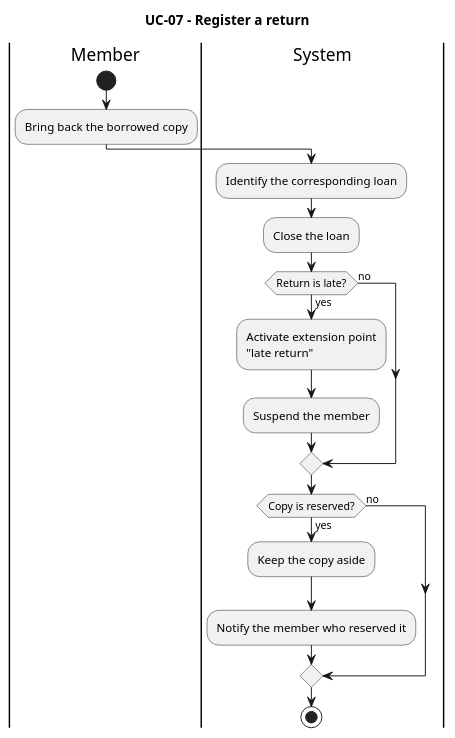
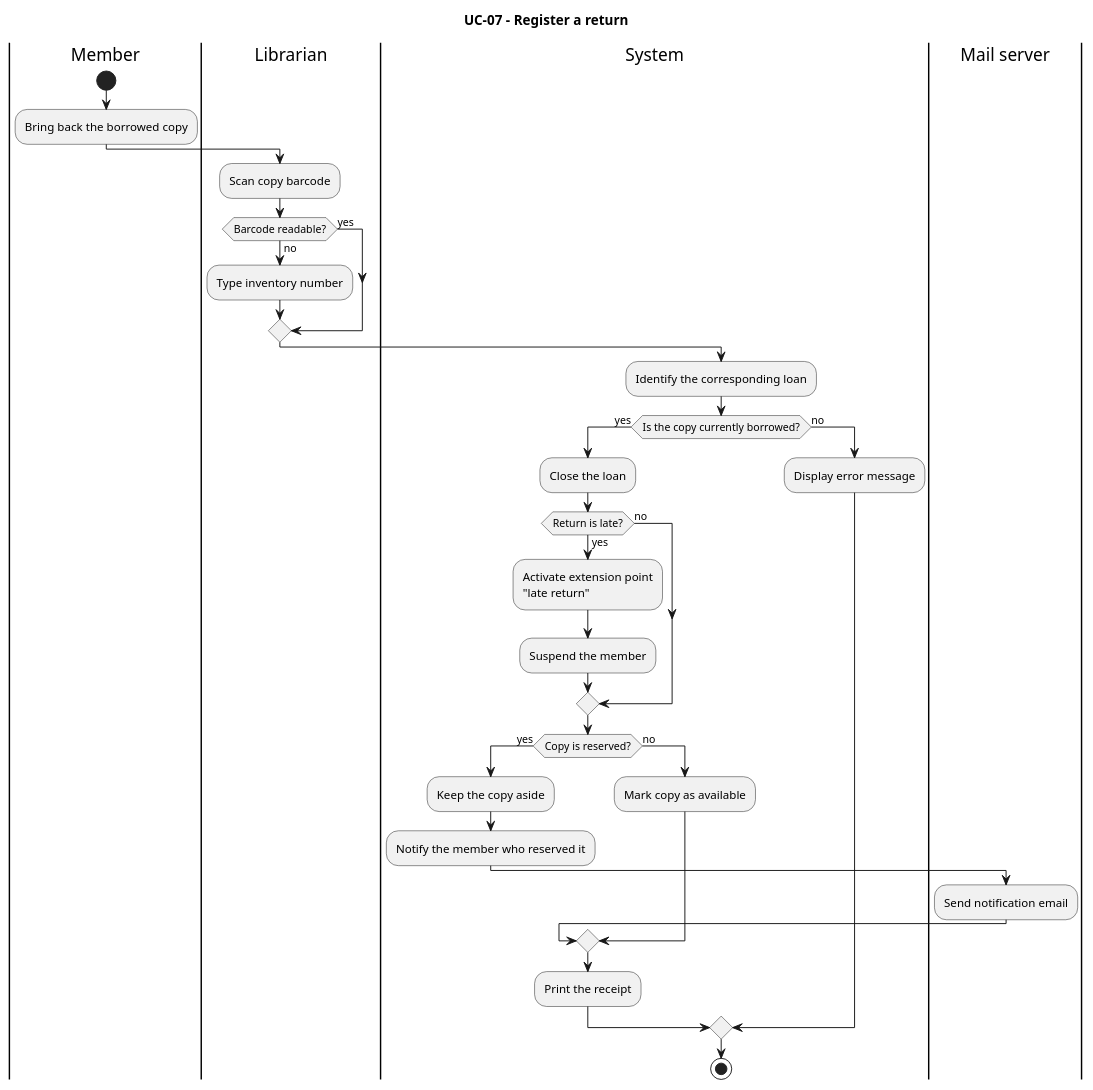
The diagram in docs/uml/register-return-activity.puml (salsabil-lediaf/tp2-library), drawn with PlantUML before and after one commit. The commit also changed 2 other files, not shown here.

Commit message:
Apply teacher corrections to UML diagrams

```diff
--- a/docs/uml/register-return-activity.puml
+++ b/docs/uml/register-return-activity.puml
@@ -1,26 +1,47 @@
-@startuml
+ @startuml
 title UC-07 - Register a return
 
 |Member|
 start
 :Bring back the borrowed copy;
 
+|Librarian|
+:Scan copy barcode;
+
+if (Barcode readable?) then (yes)
+else (no)
+    :Type inventory number;
+endif
+
 |System|
 :Identify the corresponding loan;
-:Close the loan;
 
-if (Return is late?) then (yes)
-  :Activate extension point
-  "late return";
-  :Suspend the member;
+if (Is the copy currently borrowed?) then (yes)
+    :Close the loan;
+
+    if (Return is late?) then (yes)
+        :Activate extension point
+        "late return";
+        :Suspend the member;
+    else (no)
+    endif
+
+    if (Copy is reserved?) then (yes)
+        :Keep the copy aside;
+        :Notify the member who reserved it;
+        |Mail server|
+        :Send notification email;
+    else (no)
+        |System|
+        :Mark copy as available;
+    endif
+
+    |System|
+    :Print the receipt;
+
 else (no)
-endif
-
-if (Copy is reserved?) then (yes)
-  :Keep the copy aside;
-  :Notify the member who reserved it;
-else (no)
+    :Display error message;
 endif
 
 stop
 @enduml
```
